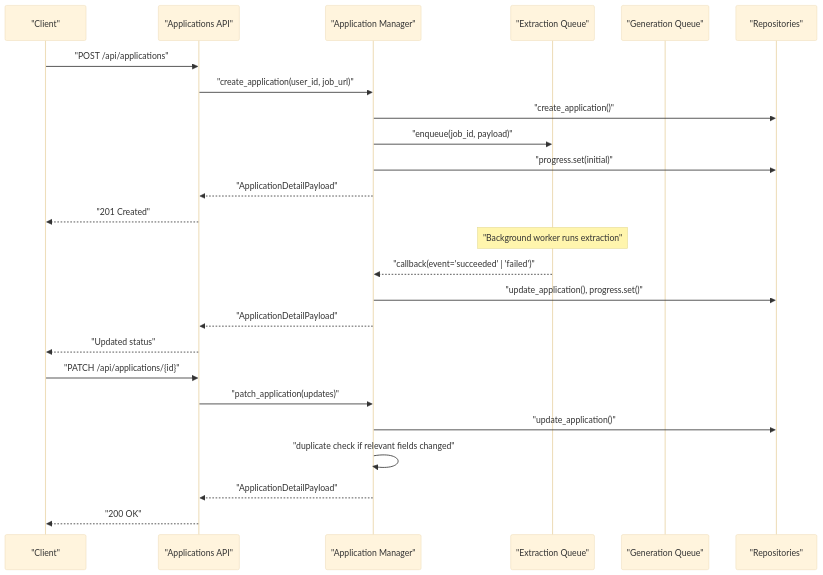
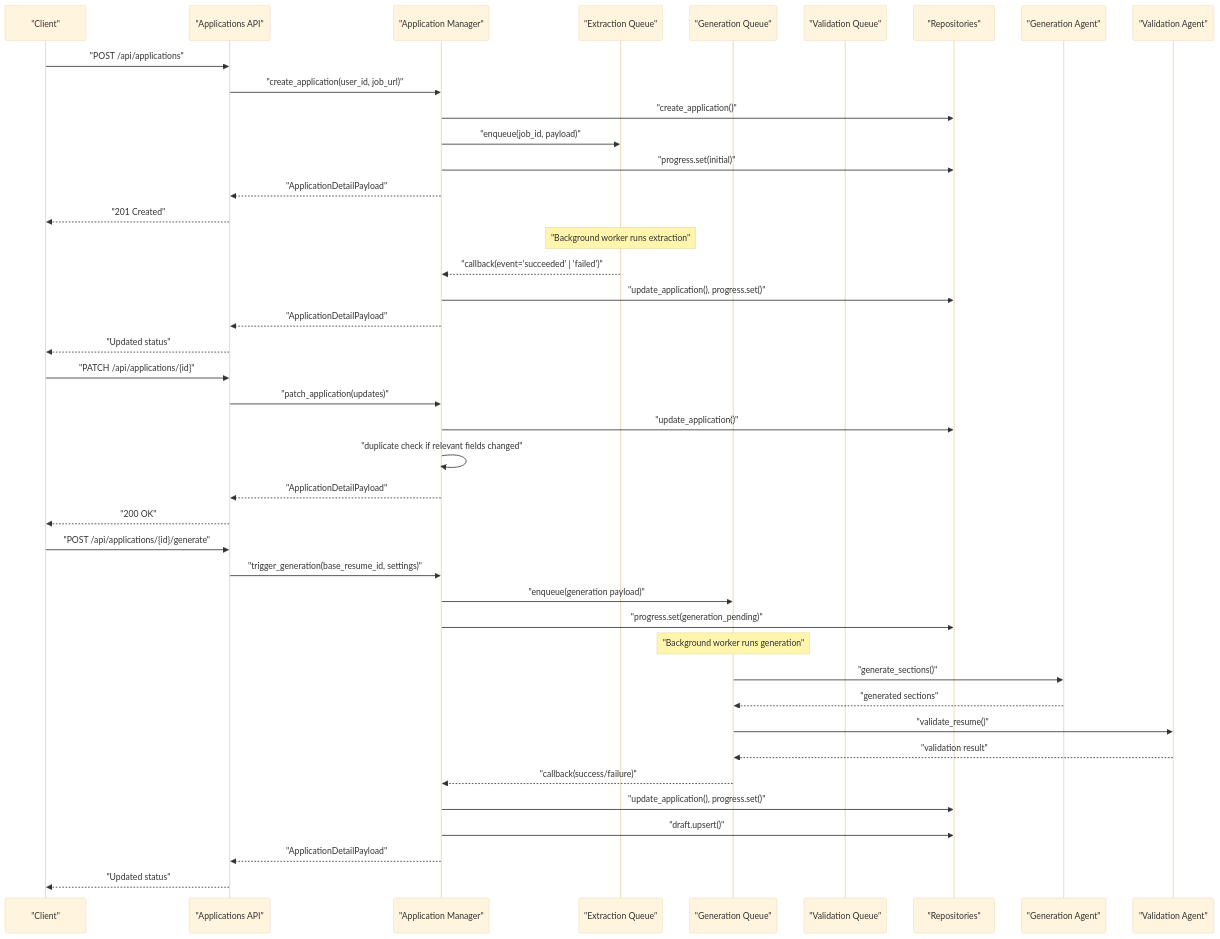
One commit to sankaL/resume-app changed the second of 16 diagrams in .qoder/repowiki/en/content/Backend API/Service Layer/Service Layer.md. Above: the diagram before and after it, drawn with Mermaid (base theme). The commit also changed other lines of this file and 19 other files, not shown here.

````diff
--- a/.qoder/repowiki/en/content/Backend API/Service Layer/Service Layer.md
+++ b/.qoder/repowiki/en/content/Backend API/Service Layer/Service Layer.md
@@ -137,27 +186,44 @@
 ```mermaid
 sequenceDiagram
 participant Client as "Client"
 participant API as "Applications API"
 participant AM as "Application Manager"
 participant ExtQ as "Extraction Queue"
 participant GenQ as "Generation Queue"
+participant ValQ as "Validation Queue"
 participant DB as "Repositories"
+participant GenAgent as "Generation Agent"
+participant ValAgent as "Validation Agent"
 Client->>API : "POST /api/applications"
 API->>AM : "create_application(user_id, job_url)"
 AM->>DB : "create_application()"
 AM->>ExtQ : "enqueue(job_id, payload)"
 AM->>DB : "progress.set(initial)"
 AM-->>API : "ApplicationDetailPayload"
 API-->>Client : "201 Created"
 Note over ExtQ : "Background worker runs extraction"
 ExtQ-->>AM : "callback(event='succeeded' | 'failed')"
 AM->>DB : "update_application(), progress.set()"
 AM-->>API : "ApplicationDetailPayload"
 API-->>Client : "Updated status"
 Client->>API : "PATCH /api/applications/{id}"
 API->>AM : "patch_application(updates)"
 AM->>DB : "update_application()"
 AM->>AM : "duplicate check if relevant fields changed"
 AM-->>API : "ApplicationDetailPayload"
 API-->>Client : "200 OK"
+Client->>API : "POST /api/applications/{id}/generate"
+API->>AM : "trigger_generation(base_resume_id, settings)"
+AM->>GenQ : "enqueue(generation payload)"
+AM->>DB : "progress.set(generation_pending)"
+Note over GenQ : "Background worker runs generation"
+GenQ->>GenAgent : "generate_sections()"
+GenAgent-->>GenQ : "generated sections"
+GenQ->>ValAgent : "validate_resume()"
+ValAgent-->>GenQ : "validation result"
+GenQ-->>AM : "callback(success/failure)"
+AM->>DB : "update_application(), progress.set()"
+AM->>DB : "draft.upsert()"
+AM-->>API : "ApplicationDetailPayload"
+API-->>Client : "Updated status"
 ```
````
